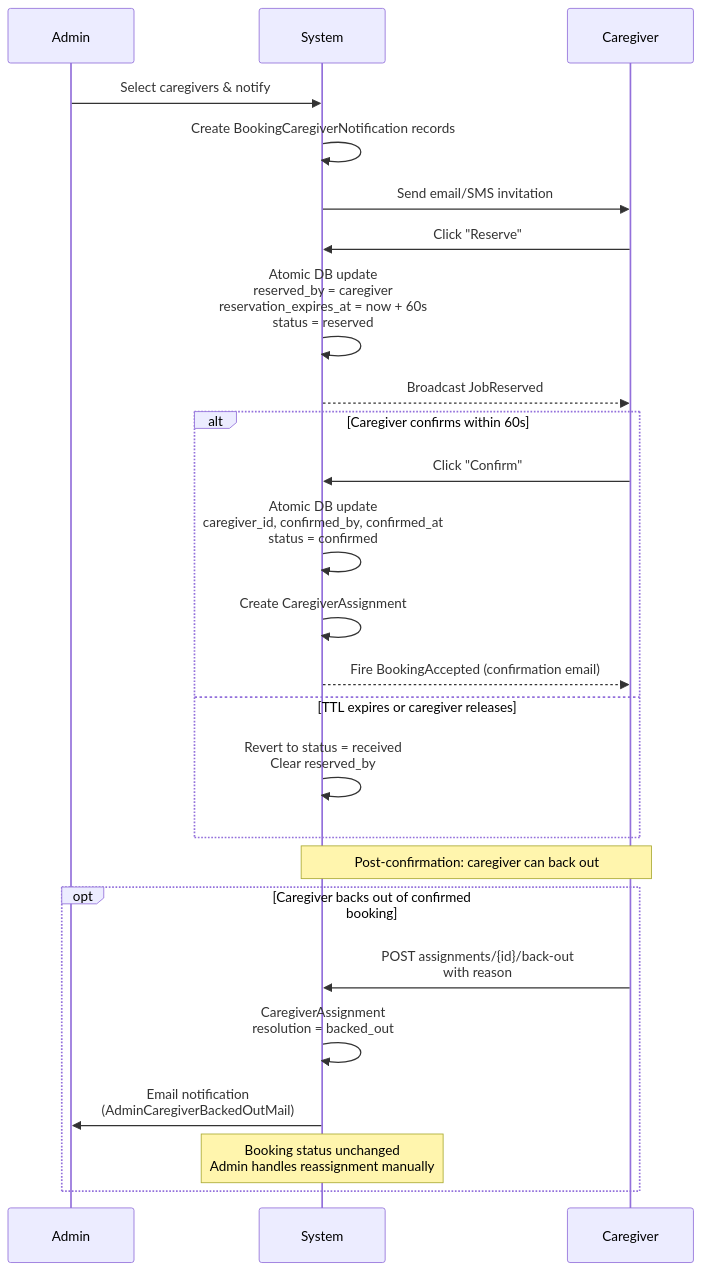
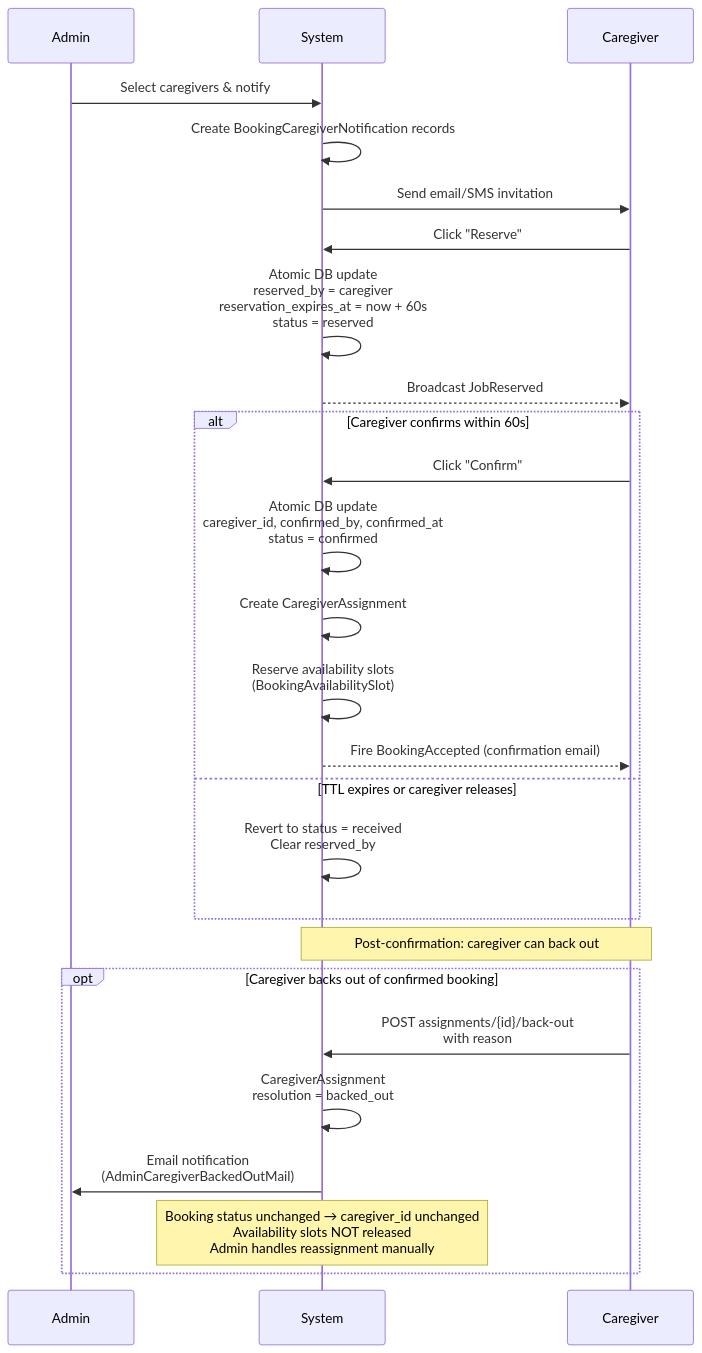
The third of 12 diagrams in docs/booking-flow.md (r00t4bl3/sitterwise), drawn with Mermaid before and after one commit. The commit also changed other lines of this file and 17 other files, not shown here.

````diff
--- a/docs/booking-flow.md
+++ b/docs/booking-flow.md
@@ -69,32 +69,33 @@
 ```mermaid
 sequenceDiagram
     participant Admin
     participant System
     participant Caregiver
 
     Admin->>System: Select caregivers & notify
     System->>System: Create BookingCaregiverNotification records
     System->>Caregiver: Send email/SMS invitation
 
     Caregiver->>System: Click "Reserve"
     System->>System: Atomic DB update<br/>reserved_by = caregiver<br/>reservation_expires_at = now + 60s<br/>status = reserved
     System-->>Caregiver: Broadcast JobReserved
 
     alt Caregiver confirms within 60s
         Caregiver->>System: Click "Confirm"
         System->>System: Atomic DB update<br/>caregiver_id, confirmed_by, confirmed_at<br/>status = confirmed
         System->>System: Create CaregiverAssignment
+        System->>System: Reserve availability slots<br/>(BookingAvailabilitySlot)
         System-->>Caregiver: Fire BookingAccepted (confirmation email)
     else TTL expires or caregiver releases
         System->>System: Revert to status = received<br/>Clear reserved_by
     end
 
     Note over Caregiver,System: Post-confirmation: caregiver can back out
 
     opt Caregiver backs out of confirmed booking
         Caregiver->>System: POST assignments/{id}/back-out<br/>with reason
         System->>System: CaregiverAssignment<br/>resolution = backed_out
         System->>Admin: Email notification<br/>(AdminCaregiverBackedOutMail)
-        Note over System: Booking status unchanged<br/>Admin handles reassignment manually
+        Note over System: Booking status unchanged → caregiver_id unchanged<br/>Availability slots NOT released<br/>Admin handles reassignment manually
     end
 ```
````
